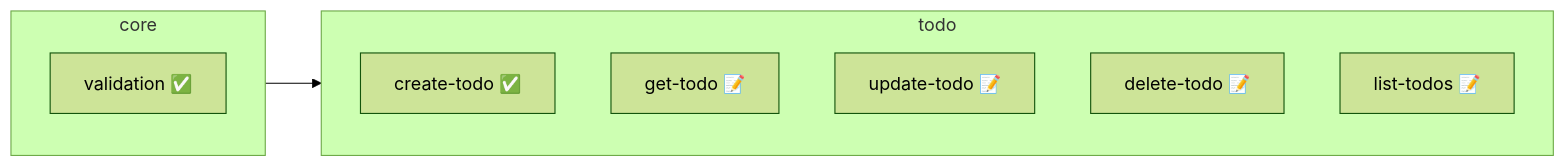
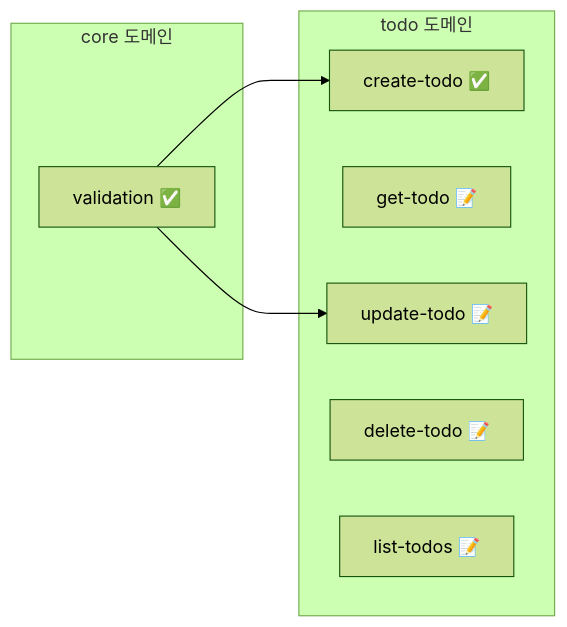
The diagram in docs/tutorial/greenfield.md (JakeB-5/sdd-tool), drawn with Mermaid (forest theme) before and after one commit. The commit also changed other lines of this file and 1 other file, not shown here.

````diff
--- a/docs/tutorial/greenfield.md
+++ b/docs/tutorial/greenfield.md
@@ -511,19 +512,17 @@
 ```mermaid
 graph LR
-    core[core]
-    todo[todo]
-
-    core --> todo
-
-    subgraph core
+    subgraph core[core 도메인]
         validation[validation ✅]
     end
 
-    subgraph todo
+    subgraph todo[todo 도메인]
         create[create-todo ✅]
         get[get-todo 📝]
         update[update-todo 📝]
         delete[delete-todo 📝]
         list[list-todos 📝]
     end
+
+    validation --> create
+    validation --> update
 ```
````
